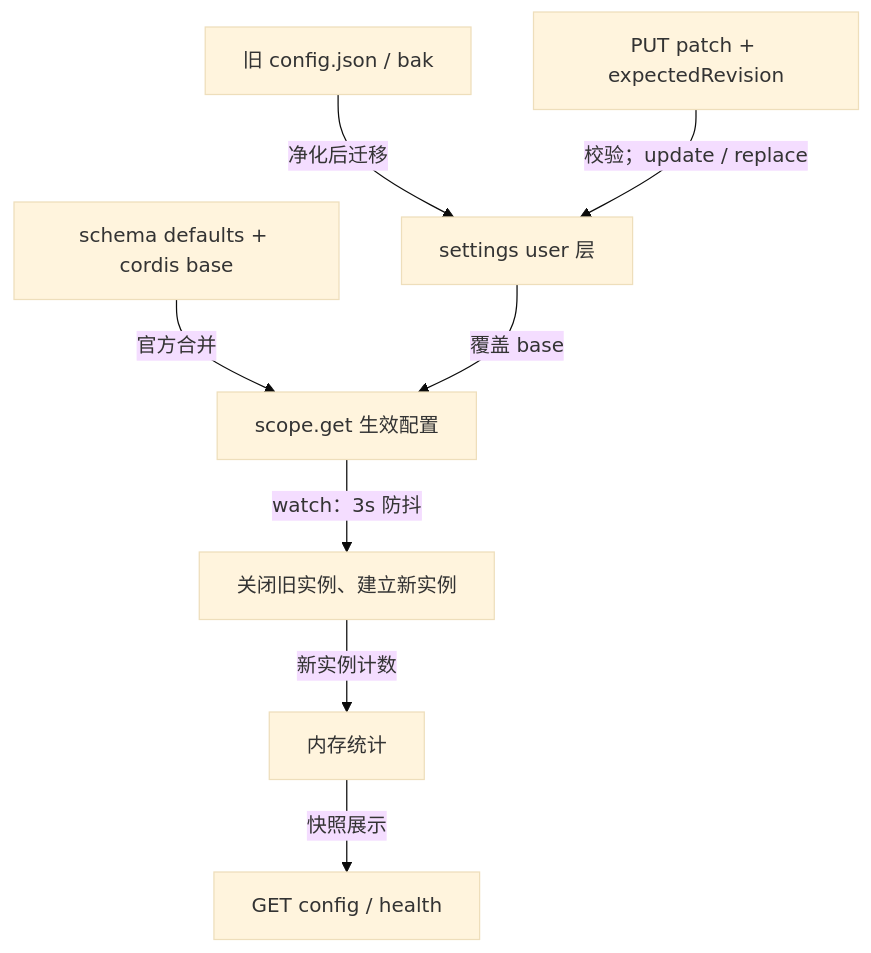
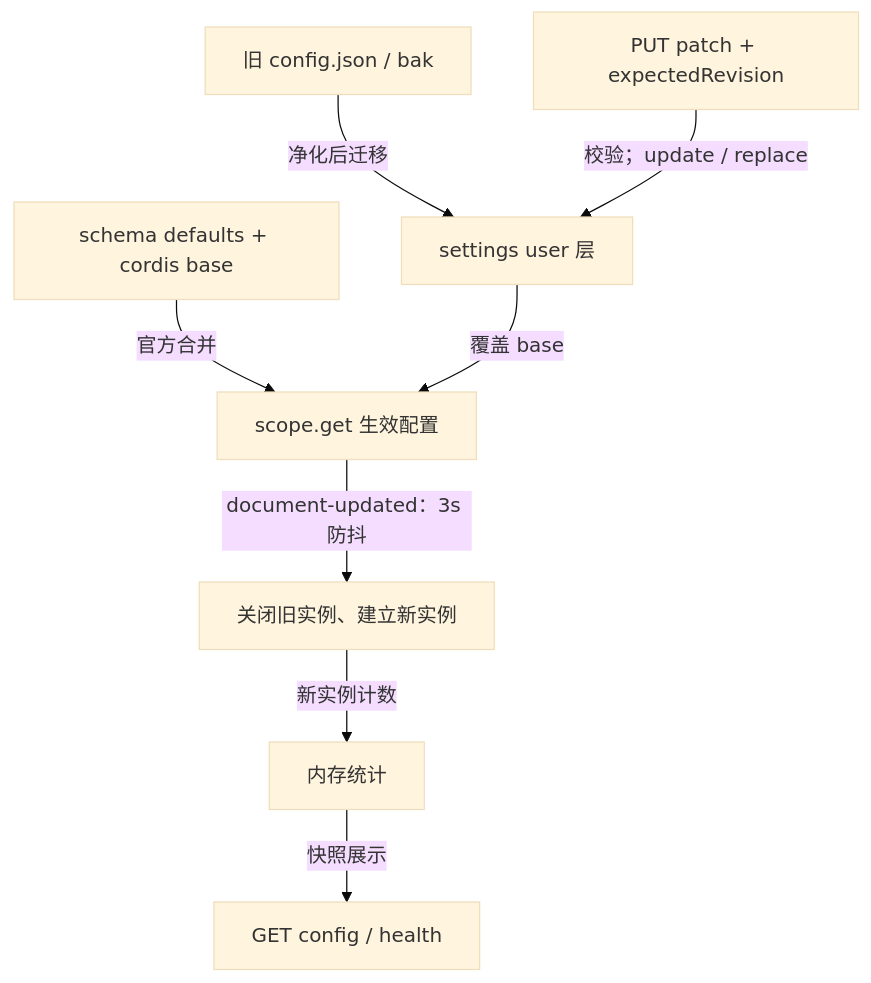
The fourth of 4 diagrams in docs/architecture/dsh-lan-proxy.md (wingsky-1/dsh-plugin-hub), drawn with Mermaid (base theme) before and after one commit. The commit also changed other lines of this file and 57 other files, not shown here.

````diff
--- a/docs/architecture/dsh-lan-proxy.md
+++ b/docs/architecture/dsh-lan-proxy.md
@@ -314,10 +314,10 @@
 ```mermaid
 flowchart TD
     OLD["旧 config.json / bak"] -->|"净化后迁移"| USER["settings user 层"]
     BASE["schema defaults + cordis base"] -->|"官方合并"| RES["scope.get 生效配置"]
     USER -->|"覆盖 base"| RES
     UI["PUT patch + expectedRevision"] -->|"校验；update / replace"| USER
-    RES -->|"watch：3s 防抖"| SYNC["关闭旧实例、建立新实例"]
+    RES -->|"document-updated：3s 防抖"| SYNC["关闭旧实例、建立新实例"]
     SYNC -->|"新实例计数"| STATS["内存统计"]
     STATS -->|"快照展示"| HEALTH["GET config / health"]
 ```
````
